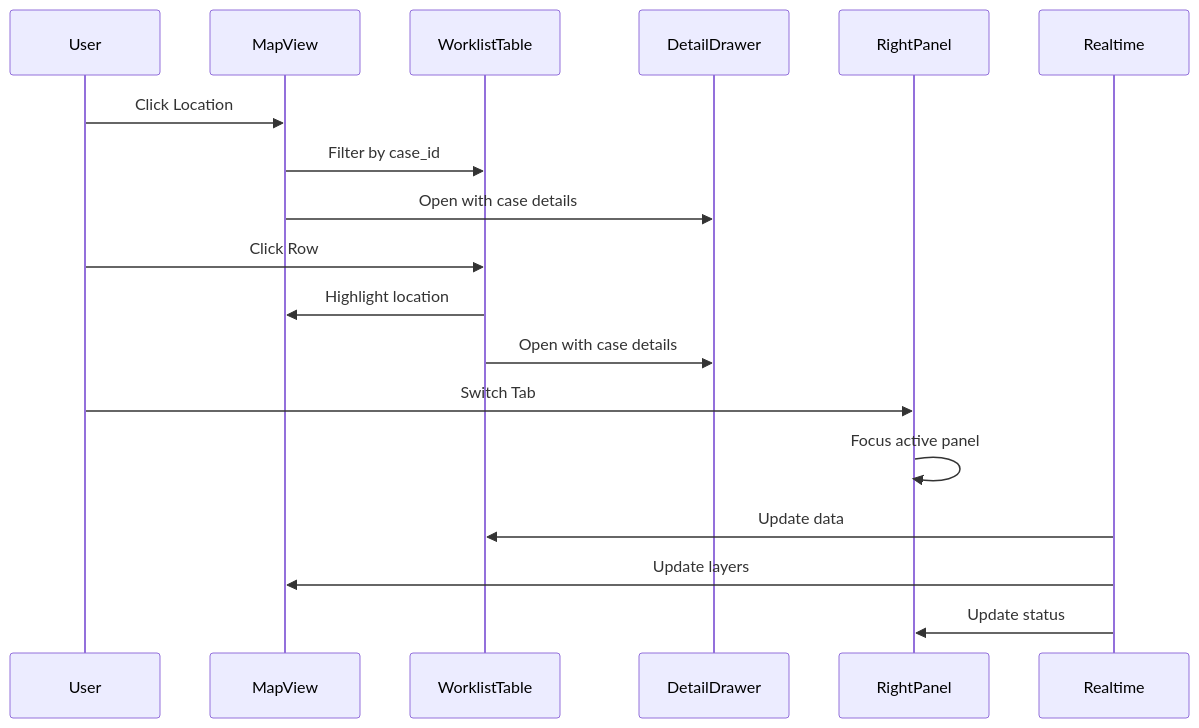
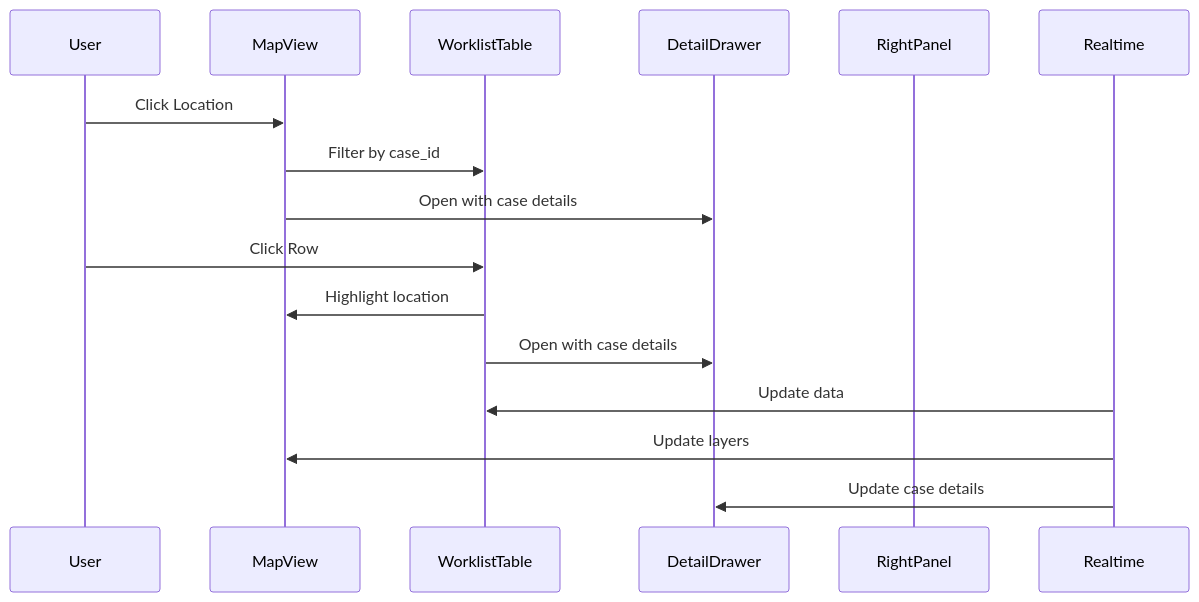
The seventh of 9 diagrams in docs/architecture/DASHBOARD_LAYOUT.md (macho715/LOGI-MASTER-DASH), drawn with Mermaid before and after one commit. The commit also changed other lines of this file and 3 other files, not shown here.

````diff
--- a/docs/architecture/DASHBOARD_LAYOUT.md
+++ b/docs/architecture/DASHBOARD_LAYOUT.md
@@ -475,24 +455,21 @@
 ```mermaid
 sequenceDiagram
     participant User
     participant MapView
     participant WorklistTable
     participant DetailDrawer
     participant RightPanel
     participant Realtime
     
     User->>MapView: Click Location
     MapView->>WorklistTable: Filter by case_id
     MapView->>DetailDrawer: Open with case details
     
     User->>WorklistTable: Click Row
     WorklistTable->>MapView: Highlight location
     WorklistTable->>DetailDrawer: Open with case details
     
-    User->>RightPanel: Switch Tab
-    RightPanel->>RightPanel: Focus active panel
-    
     Realtime->>WorklistTable: Update data
     Realtime->>MapView: Update layers
-    Realtime->>RightPanel: Update status
+    Realtime->>DetailDrawer: Update case details
 ```
````
